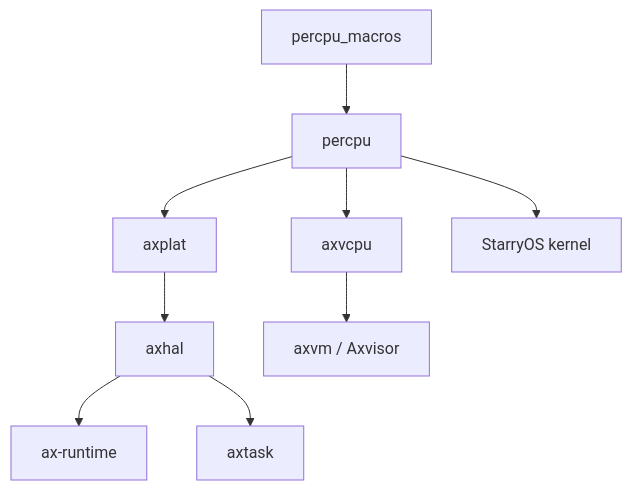
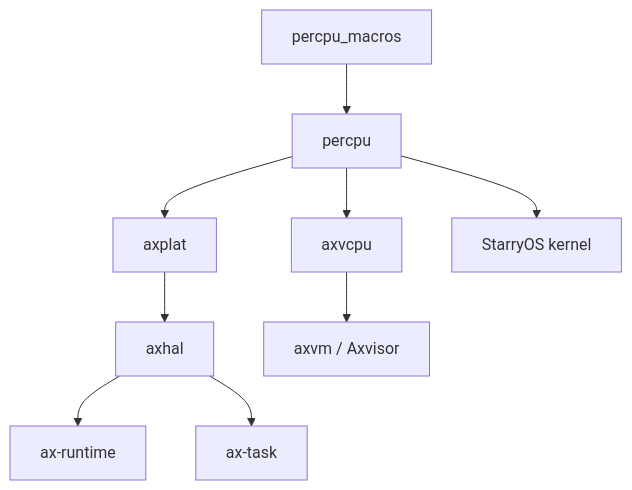
Before and after one commit to zKurisu/tgoskits: the diagram in docs/crates/percpu.md, drawn with Mermaid. The commit also changed other lines of this file and 133 other files, not shown here.

Commit message:
rename axtask to ax-task

````diff
--- a/docs/crates/percpu.md
+++ b/docs/crates/percpu.md
@@ -187,11 +187,11 @@
 ```mermaid
 graph TD
     A[percpu_macros] --> B[percpu]
     B --> C[axplat]
     C --> D[axhal]
     D --> E[ax-runtime]
-    D --> F[axtask]
+    D --> F[ax-task]
     B --> G[axvcpu]
     G --> H[axvm / Axvisor]
     B --> I[StarryOS kernel]
 ```
````
